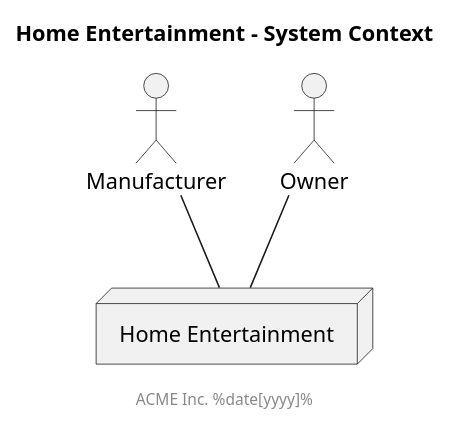
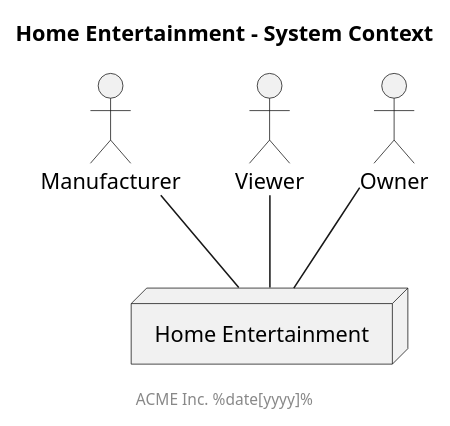
The first of 2 diagrams in docs/modules/ROOT/pages/03_system_scope_and_context.adoc (anoff/antora-arc42), drawn with PlantUML before and after one commit. The commit also changed other lines of this file and 1 other file, not shown here.

Commit message:
:star2: feat: system context

```diff
--- a/docs/modules/ROOT/pages/03_system_scope_and_context.adoc
+++ b/docs/modules/ROOT/pages/03_system_scope_and_context.adoc
@@ -22,14 +39,16 @@
-[plantuml, system-context, png]
+[plantuml, system-context-business, png]
 ....
 skinparam monochrome true
 title Home Entertainment - System Context
 footer ACME Inc. %date[yyyy]%
 
 node "Home Entertainment" as system
 
-actor Owner as user
-actor Manufacturer as oem
+actor Owner
+actor Viewer
+actor Manufacturer
 
-system -up- user
-system -up- oem
+system -up- Owner
+system -up- Viewer
+system -up- Manufacturer
 ....
```
